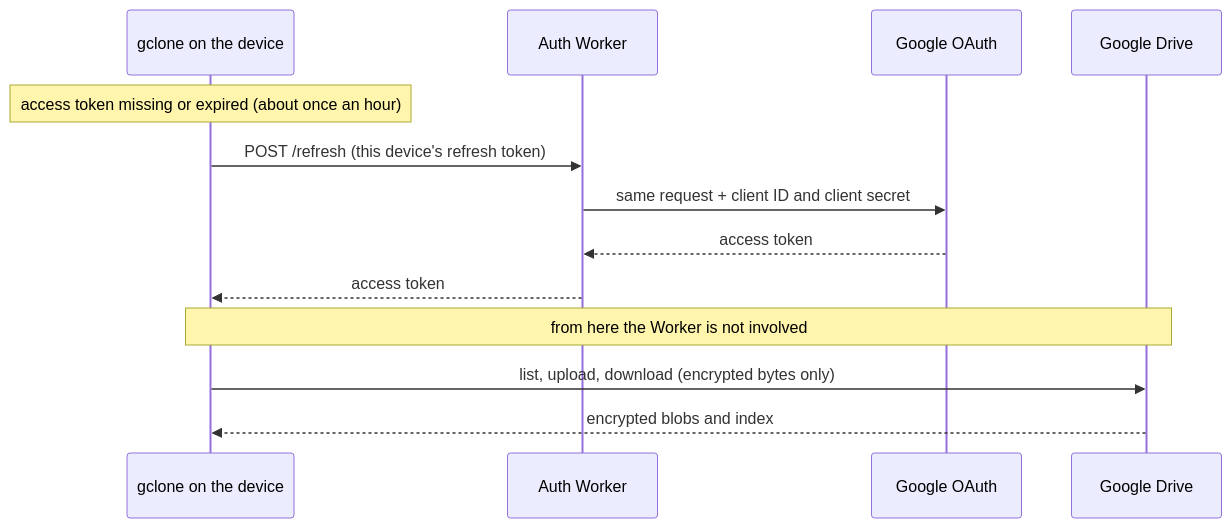
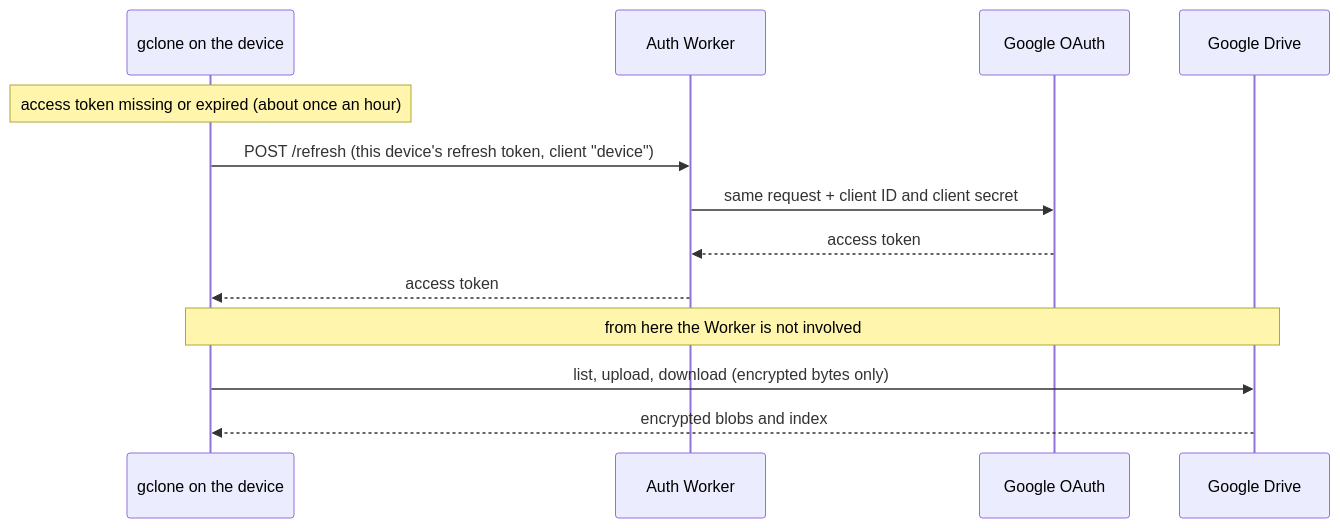
One commit to dwahdany/gclone changed the second of 2 diagrams in docs/AUTH.md. Above: the diagram before and after it, drawn with Mermaid. The commit also changed other lines of this file and 45 other files, not shown here.

First line of the commit message:
Sign in with Google's device flow; drop the browser-redirect login (0.2.0)

````diff
--- a/docs/AUTH.md
+++ b/docs/AUTH.md
@@ -67,15 +119,15 @@
 ```mermaid
 sequenceDiagram
     participant D as gclone on the device
     participant W as Auth Worker
     participant G as Google OAuth
     participant R as Google Drive
     Note over D: access token missing or expired (about once an hour)
-    D->>W: POST /refresh (this device's refresh token)
+    D->>W: POST /refresh (this device's refresh token, client "device")
     W->>G: same request + client ID and client secret
     G-->>W: access token
     W-->>D: access token
     Note over D,R: from here the Worker is not involved
     D->>R: list, upload, download (encrypted bytes only)
     R-->>D: encrypted blobs and index
 ```
````
